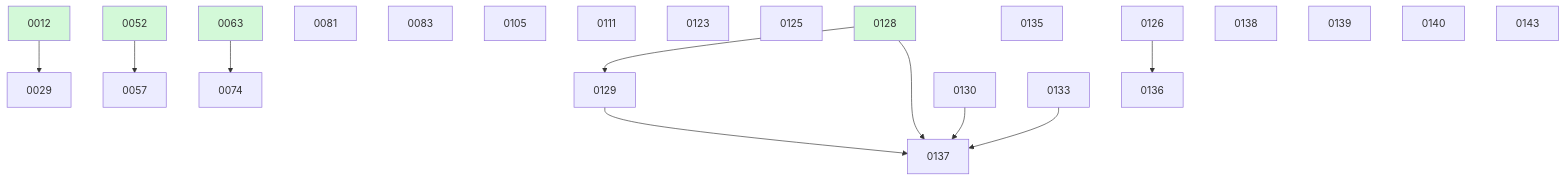
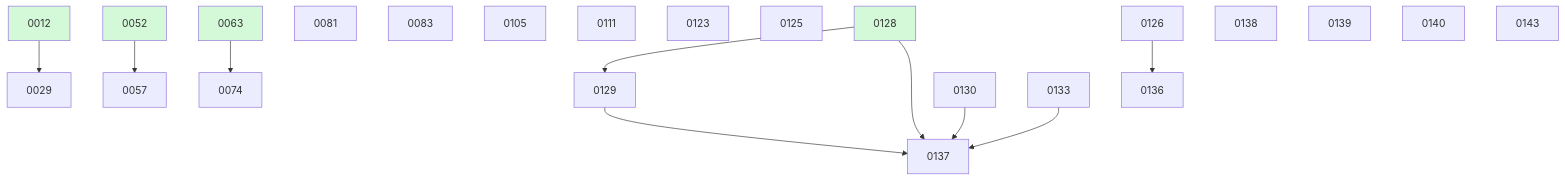
One commit to ethanhinson/fuse changed the diagram in docs/changes/BOARD.md. Above: the diagram before and after it, drawn with Mermaid. The commit also changed other lines of this file and 2 other files, not shown here.

````diff
--- a/docs/changes/BOARD.md
+++ b/docs/changes/BOARD.md
@@ -42,28 +41,27 @@
 ```mermaid
 graph TD
   0012 --> 0029
   0052 --> 0057
   0063 --> 0074
   0081
   0083
   0105
   0111
   0123
   0125
   0128 --> 0129
-  0135
   0126 --> 0136
   0128 --> 0137
   0129 --> 0137
   0130 --> 0137
   0133 --> 0137
   0138
   0139
   0140
   0143
   0012:::done
   0052:::done
   0063:::done
   0128:::done
   classDef done fill:#d3f9d8;
 ```
````
